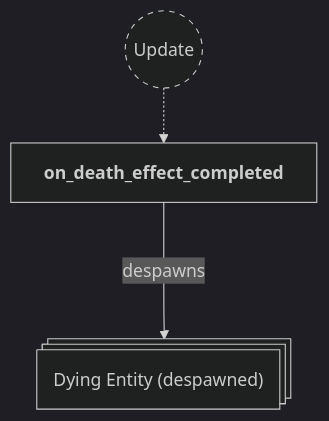
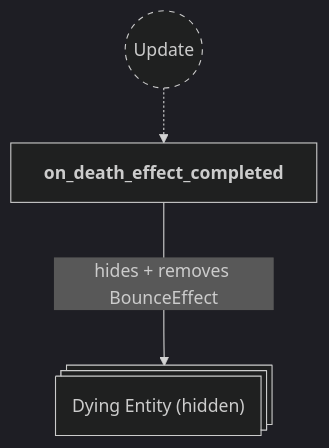
One commit to neurosoup/tyled changed diagram 20 of 20 in backlog/docs/doc-10 - 008-Effects-plugin.md. Above: the diagram before and after it, drawn with Mermaid. The commit also changed other lines of this file and 8 other files, not shown here.

````diff
--- a/backlog/docs/doc-10 - 008-Effects-plugin.md
+++ b/backlog/docs/doc-10 - 008-Effects-plugin.md
@@ -670,18 +670,18 @@
 ```mermaid
 ---
 config:
   theme: dark
 ---
 
 flowchart TD
 classDef system-group stroke-dasharray: 5 5
 
 update(("`Update`")):::system-group
 on_death_effect_completed["`**on_death_effect_completed**`"]
 
 update -.-> on_death_effect_completed
 
-dead_entity@{ shape: st-rect, label: "Dying Entity (despawned)" }
+dead_entity@{ shape: st-rect, label: "Dying Entity (hidden)" }
 
-on_death_effect_completed ---> |despawns| dead_entity
+on_death_effect_completed ---> |hides + removes BounceEffect| dead_entity
 ```
````
